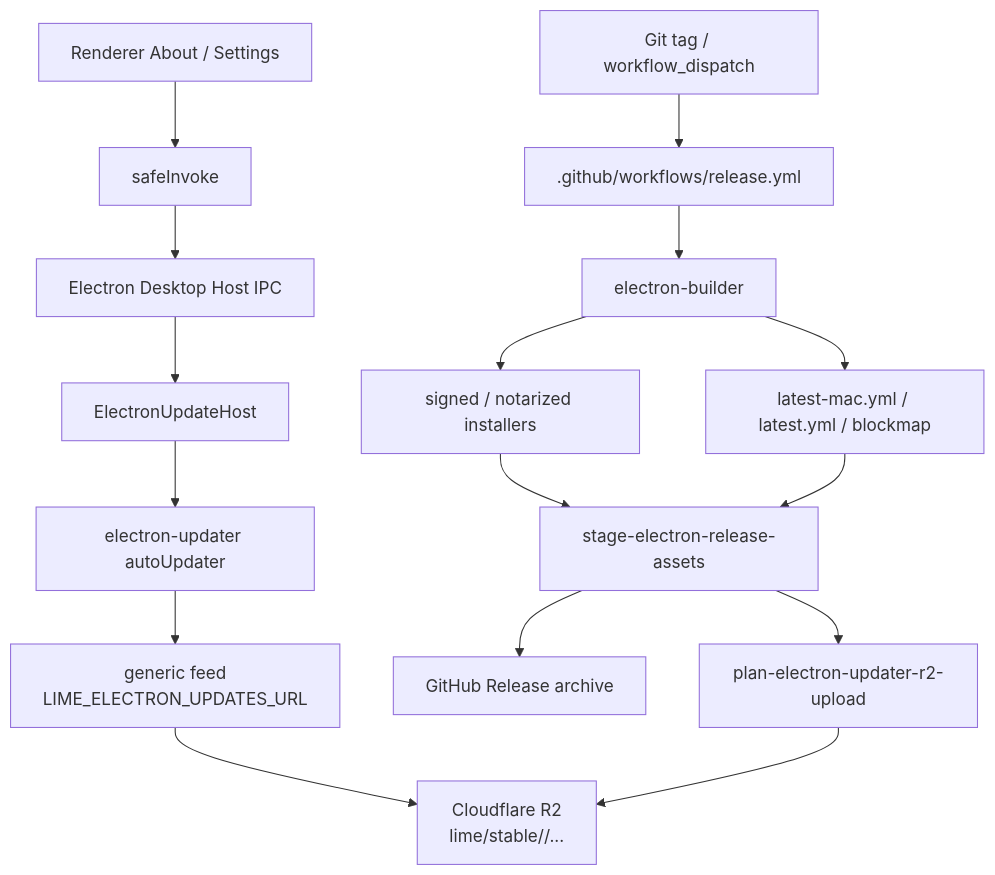
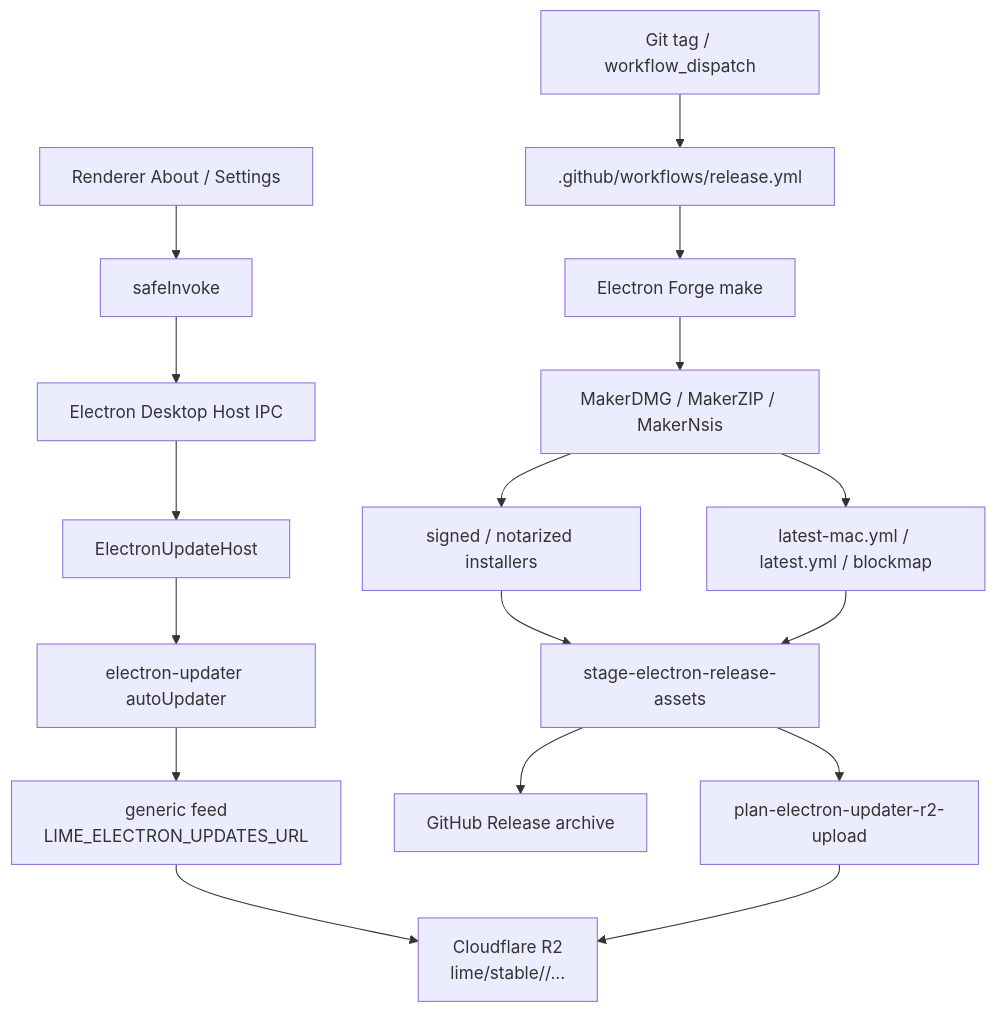
The diagram in internal/roadmap/appserver/release-updater.md (jiujuan/lime), drawn with Mermaid before and after one commit. The commit also changed other lines of this file and 322 other files, not shown here.

Commit message:
chore: checkpoint app server electron integration

````diff
--- a/internal/roadmap/appserver/release-updater.md
+++ b/internal/roadmap/appserver/release-updater.md
@@ -24,19 +27,20 @@
 ```mermaid
 flowchart TB
     Renderer["Renderer About / Settings"] --> SafeInvoke["safeInvoke"]
     SafeInvoke --> Ipc["Electron Desktop Host IPC"]
     Ipc --> UpdateHost["ElectronUpdateHost"]
     UpdateHost --> ElectronUpdater["electron-updater autoUpdater"]
     ElectronUpdater --> Feed["generic feed<br/>LIME_ELECTRON_UPDATES_URL"]
     Feed --> R2["Cloudflare R2<br/>lime/stable/<feed>/..."]
 
     Tag["Git tag / workflow_dispatch"] --> ReleaseWorkflow[".github/workflows/release.yml"]
-    ReleaseWorkflow --> Builder["electron-builder"]
-    Builder --> SignedApp["signed / notarized installers"]
-    Builder --> Metadata["latest-mac.yml / latest.yml / blockmap"]
+    ReleaseWorkflow --> Forge["Electron Forge make"]
+    Forge --> Makers["MakerDMG / MakerZIP / MakerNsis"]
+    Makers --> SignedApp["signed / notarized installers"]
+    Makers --> Metadata["latest-mac.yml / latest.yml / blockmap"]
     SignedApp --> Stage["stage-electron-release-assets"]
     Metadata --> Stage
     Stage --> GitHubRelease["GitHub Release archive"]
     Stage --> R2Plan["plan-electron-updater-r2-upload"]
     R2Plan --> R2
 ```
````
